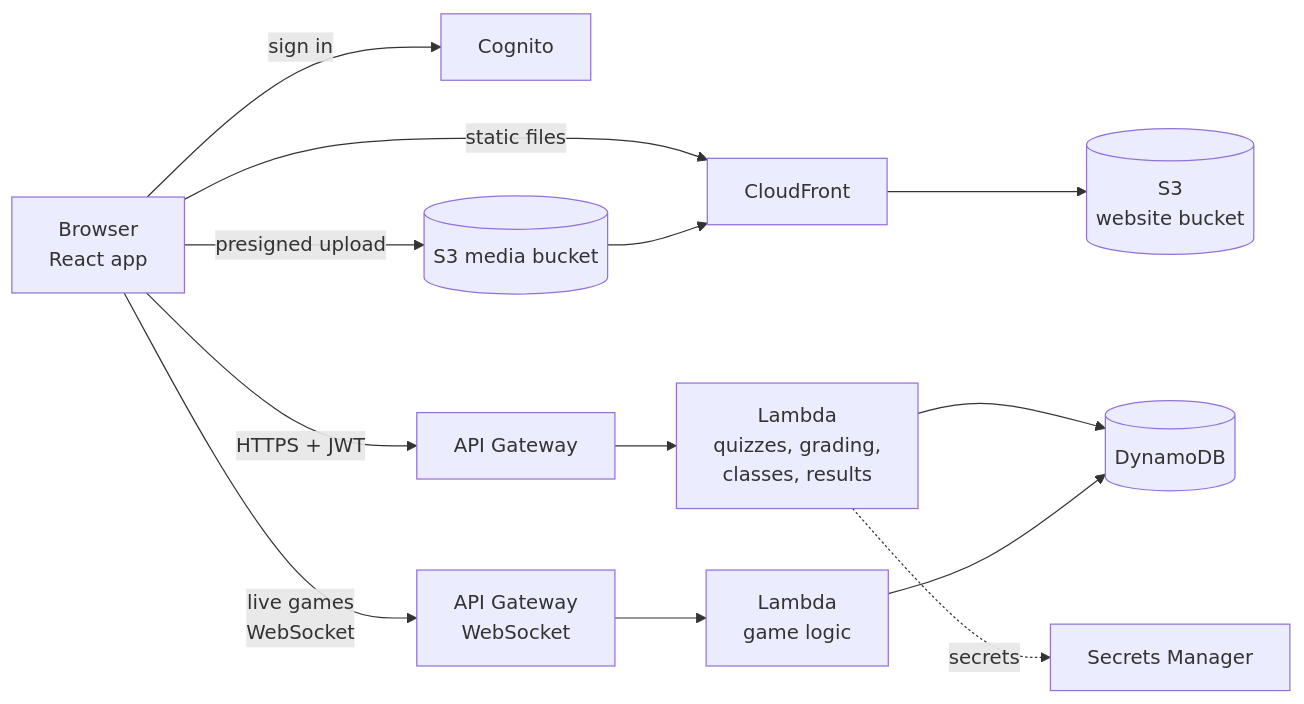
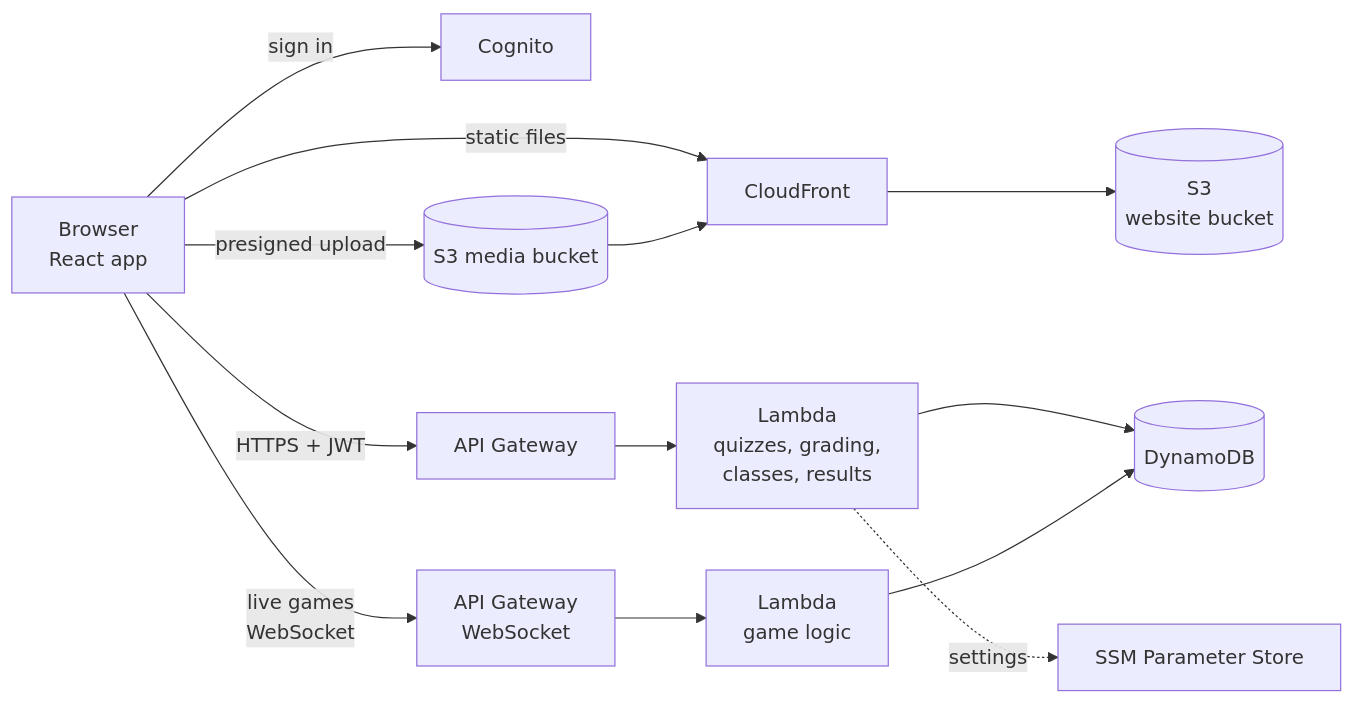
Before and after one commit to Haise-727/quiz-app: the second of 2 diagrams in docs/aws-migration.md, drawn with Mermaid. The commit also changed other lines of this file, not shown here.

````diff
--- a/docs/aws-migration.md
+++ b/docs/aws-migration.md
@@ -42,15 +67,15 @@
 ```mermaid
 flowchart LR
   B[Browser<br/>React app] -->|static files| CF[CloudFront]
   CF --> S3[(S3<br/>website bucket)]
   B -->|sign in| CG[Cognito]
   B -->|HTTPS + JWT| AG[API Gateway]
   AG --> L[Lambda<br/>quizzes, grading,<br/>classes, results]
   L --> DDB[(DynamoDB)]
   B -->|live games<br/>WebSocket| WS[API Gateway<br/>WebSocket]
   WS --> LG[Lambda<br/>game logic]
   LG --> DDB
   B -->|presigned upload| M[(S3 media bucket)]
   M --> CF
-  L -.secrets.-> SM[Secrets Manager]
+  L -.settings.-> SM[SSM Parameter Store]
 ```
````
